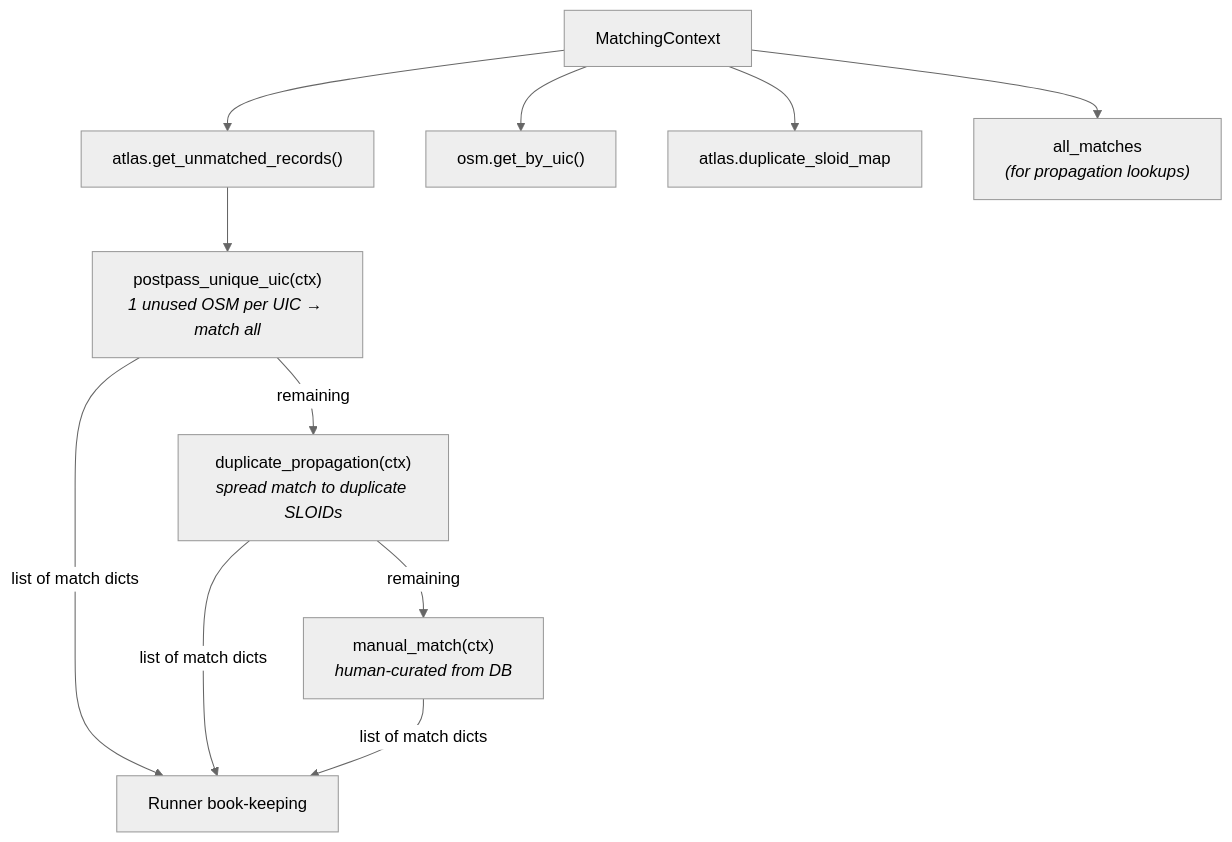
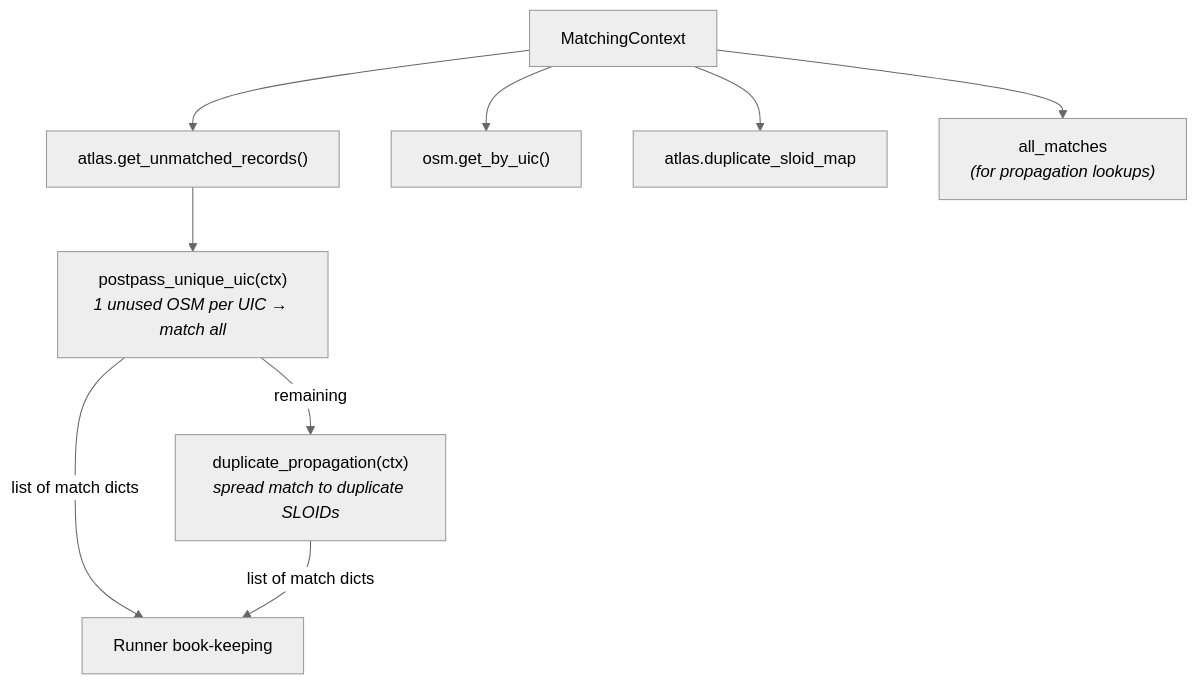
The diagram in documentation/2.5 Post-processing.md (openTdataCH/stop_sync_osm_atlas), drawn with Mermaid (neutral theme) before and after one commit. The commit also changed other lines of this file and 65 other files, not shown here.

````diff
--- a/documentation/2.5 Post-processing.md
+++ b/documentation/2.5 Post-processing.md
@@ -5,14 +5,12 @@
 ```mermaid
 flowchart TB
     CTX["MatchingContext"] --> UA["atlas.get_unmatched_records()"]
     CTX --> OSM["osm.get_by_uic()"]
     CTX --> DUP["atlas.duplicate_sloid_map"]
     CTX --> AM["all_matches<br/><i>(for propagation lookups)</i>"]
 
     UA --> P1["postpass_unique_uic(ctx)<br/><i>1 unused OSM per UIC → match all</i>"]
     P1 -->|"list of match dicts"| R1["Runner book-keeping"]
     P1 -->|remaining| P2["duplicate_propagation(ctx)<br/><i>spread match to duplicate SLOIDs</i>"]
     P2 -->|"list of match dicts"| R1
-    P2 -->|remaining| P3["manual_match(ctx)<br/><i>human-curated from DB</i>"]
-    P3 -->|"list of match dicts"| R1
 ```
````
